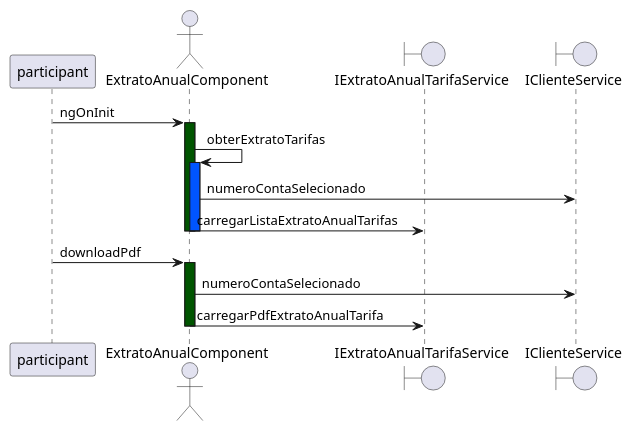
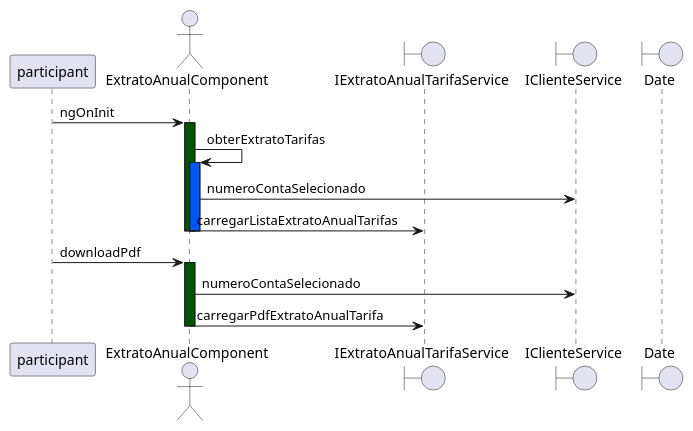
One commit to tommymolto/ng-reverse-uml changed the diagram in example/extrato-anual.component.ts.sequence.puml. Above: the diagram before and after it, drawn with PlantUML. The commit also changed 3 other files, not shown here.

```diff
--- a/example/extrato-anual.component.ts.sequence.puml
+++ b/example/extrato-anual.component.ts.sequence.puml
@@ -1,19 +1,20 @@
 @startuml 
  participant participant as Usuario
 actor  ExtratoAnualComponent as ExtratoAnualComponent
 boundary  IExtratoAnualTarifaService as extratoAnualService
 boundary  IClienteService as clienteService
+boundary  Date as dt
 Usuario -> ExtratoAnualComponent:ngOnInit
 activate ExtratoAnualComponent #005500
 ExtratoAnualComponent -> ExtratoAnualComponent:obterExtratoTarifas
 activate ExtratoAnualComponent #0055FF
 ExtratoAnualComponent -> clienteService:numeroContaSelecionado
 ExtratoAnualComponent -> extratoAnualService:carregarListaExtratoAnualTarifas
 deactivate ExtratoAnualComponent
 deactivate ExtratoAnualComponent
 Usuario -> ExtratoAnualComponent:downloadPdf
 activate ExtratoAnualComponent #005500
 ExtratoAnualComponent -> clienteService:numeroContaSelecionado
 ExtratoAnualComponent -> extratoAnualService:carregarPdfExtratoAnualTarifa
 deactivate ExtratoAnualComponent
 @enduml
```
